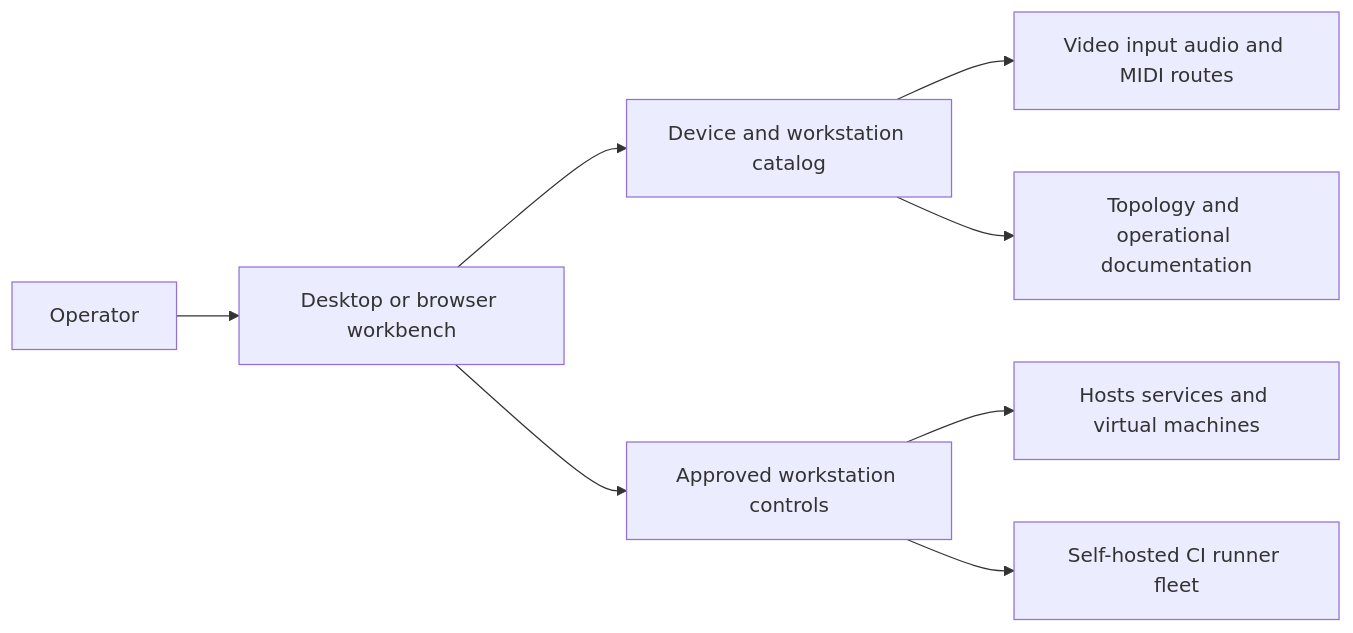
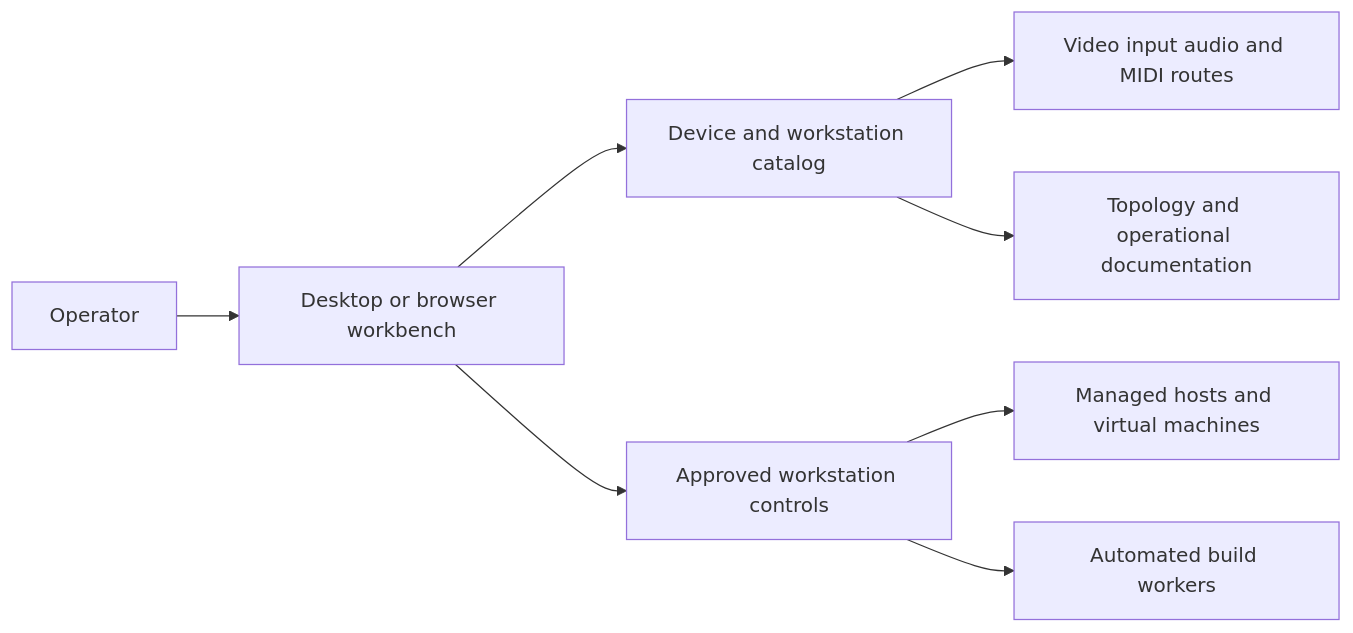
Before and after one commit to pedrofmj/pedrofmj: the diagram in platforms/galaxy/README.md, drawn with Mermaid. The commit also changed other lines of this file and 3 other files, not shown here.

````diff
--- a/platforms/galaxy/README.md
+++ b/platforms/galaxy/README.md
@@ -53,10 +53,10 @@
 ```mermaid
 flowchart LR
     operator[Operator] --> workbench[Desktop or browser workbench]
     workbench --> catalog[Device and workstation catalog]
     catalog --> routes[Video input audio and MIDI routes]
     workbench --> controls[Approved workstation controls]
-    controls --> host[Hosts services and virtual machines]
-    controls --> runners[Self-hosted CI runner fleet]
+    controls --> host[Managed hosts and virtual machines]
+    controls --> runners[Automated build workers]
     catalog --> docs[Topology and operational documentation]
 ```
````
